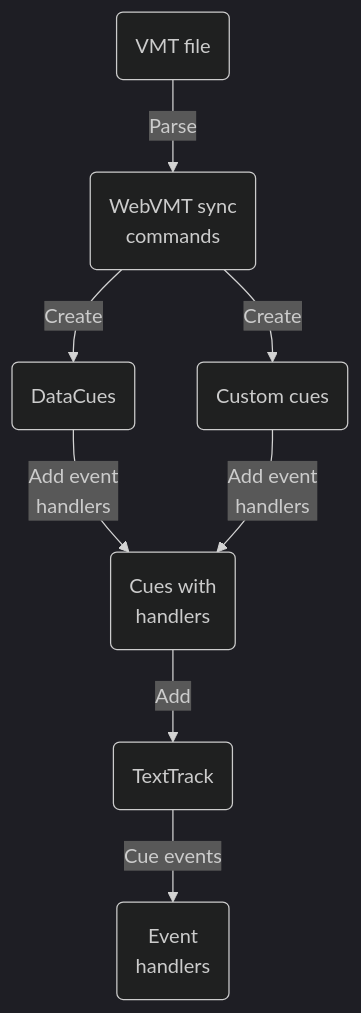
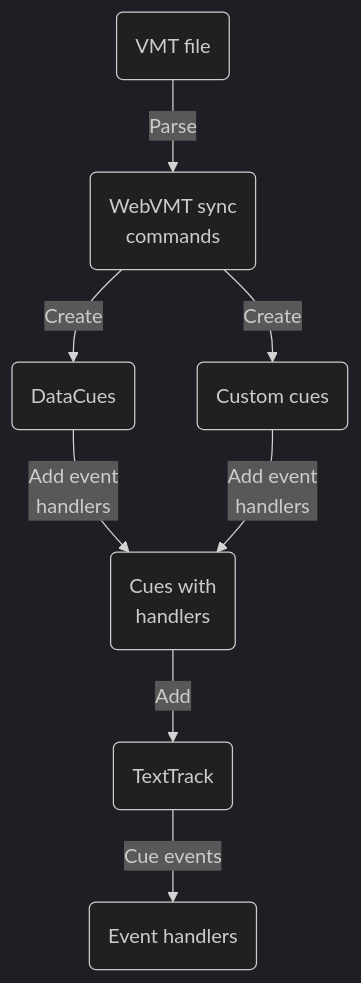
The first of 2 diagrams in README.md (webvmt/vmt-sync-examples), drawn with Mermaid (dark theme) before and after one commit. The commit also changed 8 other files, not shown here.

`````diff
--- a/README.md
+++ b/README.md
@@ -27,16 +27,15 @@
  ````mermaid
  graph TD
     A(VMT file) --> |Parse| B
     B("WebVMT sync
     commands") --> |Create| C
     C(DataCues) --> |"Add event
     handlers"| E
     B --> |Create| D(Custom cues)
     D --> |"Add event
     handlers"| E
     E("Cues with
     handlers") --> |Add| F
     F(TextTrack) --> |Cue events| G
-    G("Event
-    handlers")
+    G(Event handlers)
  ````
`````
